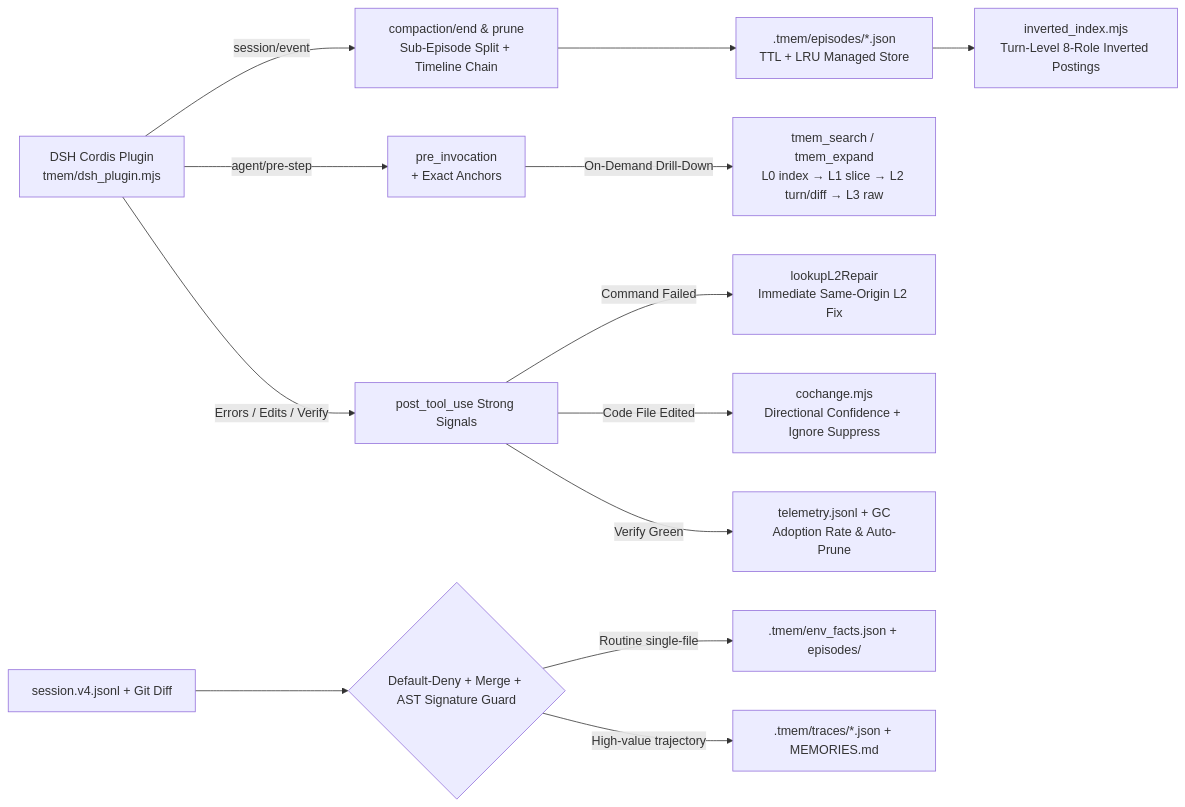
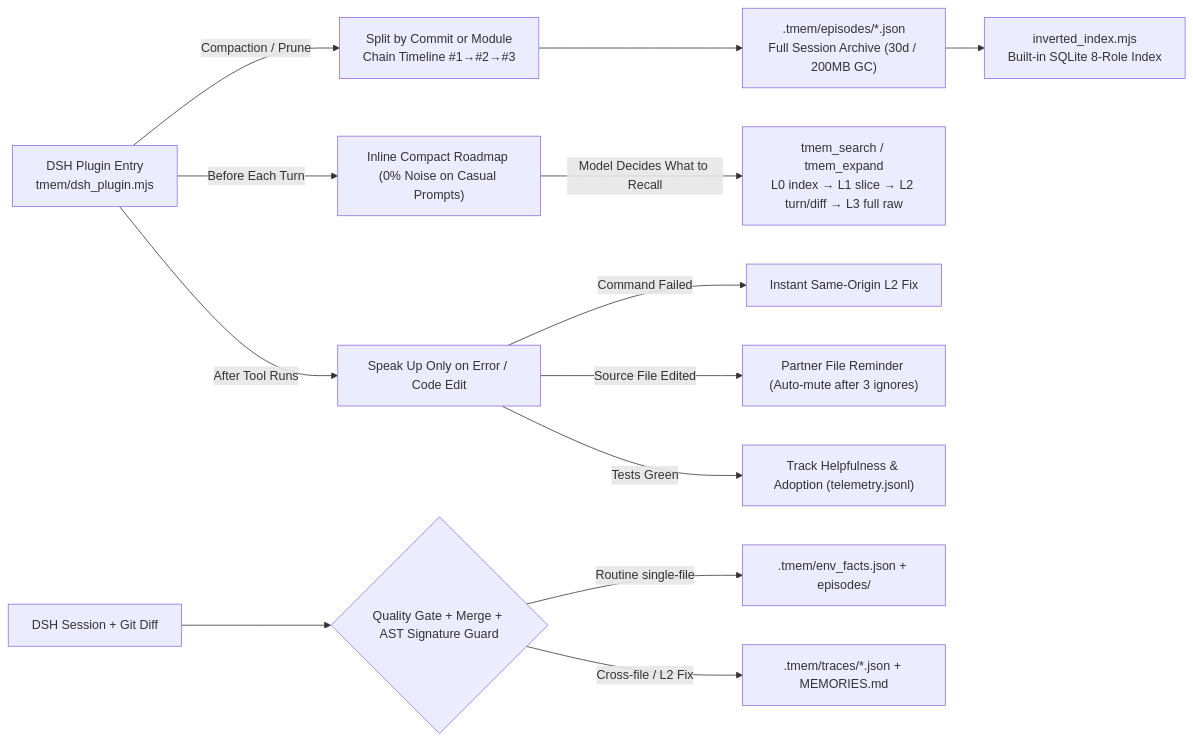
The diagram in README_EN.md (kentzjh-cmd/tmem), drawn with Mermaid before and after one commit. The commit also changed other lines of this file and 4 other files, not shown here.

````diff
--- a/README_EN.md
+++ b/README_EN.md
@@ -57,15 +61,15 @@
 ```mermaid
 flowchart LR
-    DSH["DSH Cordis Plugin<br/>tmem/dsh_plugin.mjs"] -->|"session/event"| Cmp["compaction/end & prune<br/>Sub-Episode Split + Timeline Chain"]
-    Cmp --> Eps[".tmem/episodes/*.json<br/>TTL + LRU Managed Store"]
-    Eps --> Inv["inverted_index.mjs<br/>Turn-Level 8-Role Inverted Postings"]
-    DSH -->|"agent/pre-step"| Pre["pre_invocation<br/><tmem_compacted_index> + Exact Anchors"]
-    Pre -->|"On-Demand Drill-Down"| Tools["tmem_search / tmem_expand<br/>L0 index → L1 slice → L2 turn/diff → L3 raw"]
-    DSH -->|"Errors / Edits / Verify"| Post["post_tool_use Strong Signals"]
-    Post -->|"Command Failed"| L2["lookupL2Repair<br/>Immediate Same-Origin L2 Fix"]
-    Post -->|"Code File Edited"| L1["cochange.mjs<br/>Directional Confidence + Ignore Suppress"]
-    Post -->|"Verify Green"| Tel["telemetry.jsonl + GC<br/>Adoption Rate & Auto-Prune"]
-    Log["session.v4.jsonl + Git Diff"] --> Gate{"Default-Deny + Merge + AST Signature Guard"}
+    DSH["DSH Plugin Entry<br/>tmem/dsh_plugin.mjs"] -->|"Compaction / Prune"| Cmp["Split by Commit or Module<br/>Chain Timeline #1→#2→#3"]
+    Cmp --> Eps[".tmem/episodes/*.json<br/>Full Session Archive (30d / 200MB GC)"]
+    Eps --> Inv["inverted_index.mjs<br/>Built-in SQLite 8-Role Index"]
+    DSH -->|"Before Each Turn"| Pre["Inline Compact Roadmap <tmem_compacted_index><br/>(0% Noise on Casual Prompts)"]
+    Pre -->|"Model Decides What to Recall"| Tools["tmem_search / tmem_expand<br/>L0 index → L1 slice → L2 turn/diff → L3 full raw"]
+    DSH -->|"After Tool Runs"| Post["Speak Up Only on Error / Code Edit"]
+    Post -->|"Command Failed"| L2["Instant Same-Origin L2 Fix"]
+    Post -->|"Source File Edited"| L1["Partner File Reminder (Auto-mute after 3 ignores)"]
+    Post -->|"Tests Green"| Tel["Track Helpfulness & Adoption (telemetry.jsonl)"]
+    Log["DSH Session + Git Diff"] --> Gate{"Quality Gate + Merge + AST Signature Guard"}
     Gate -->|"Routine single-file"| Env[".tmem/env_facts.json + episodes/"]
-    Gate -->|"High-value trajectory"| Traces[".tmem/traces/*.json + MEMORIES.md"]
+    Gate -->|"Cross-file / L2 Fix"| Traces[".tmem/traces/*.json + MEMORIES.md"]
 ```
````
